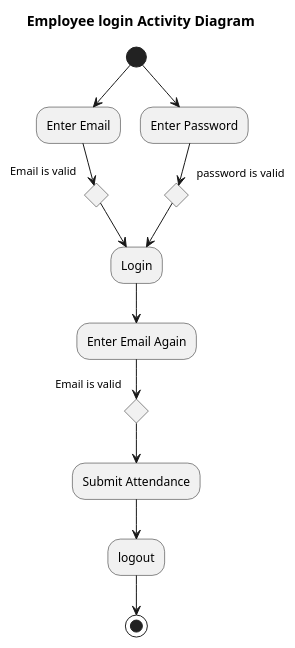
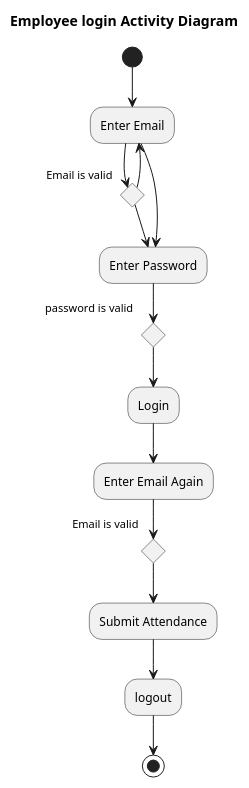
Before and after one commit to syedyasirali22/Attendance: the diagram in Diagrams/ActivityDiagrams/EmployeeLoginActivity.puml, drawn with PlantUML. The commit also changed 108 other files, not shown here.

Commit message:
AJAX Implemented and 1 Hi Chart Added

```diff
--- a/Diagrams/ActivityDiagrams/EmployeeLoginActivity.puml
+++ b/Diagrams/ActivityDiagrams/EmployeeLoginActivity.puml
@@ -1,15 +1,17 @@
 @startuml
 title Employee login Activity Diagram
 (*) --> "Enter Email"
 If "Email is valid" then
--->  "Login"
-(*) --> "Enter Password"
+-->  "Enter Password"
+else
+--> "Enter Email"
+--> "Enter Password"
 If "password is valid" then
 -->  "Login"
 --> "Enter Email Again"
 If "Email is valid" then
 -->  "Submit Attendance"
 --> "logout"
 Endif
 -->(*)
 @enduml
```
